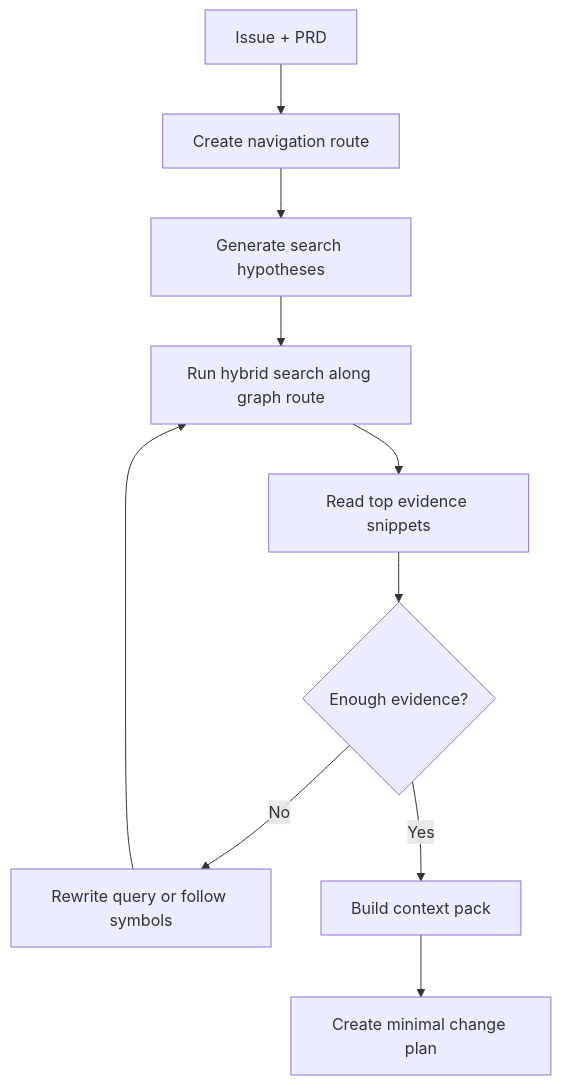
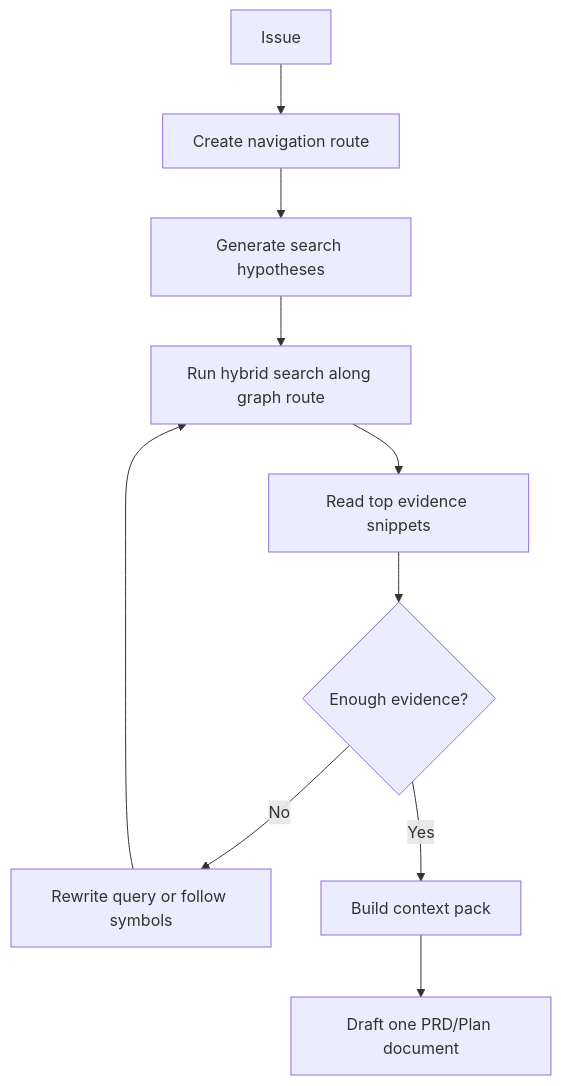
The diagram in docs/CODEBASE_INTELLIGENCE.md (JASON-QWeb/CodeZero), drawn with Mermaid before and after one commit. The commit also changed other lines of this file and 32 other files, not shown here.

````diff
--- a/docs/CODEBASE_INTELLIGENCE.md
+++ b/docs/CODEBASE_INTELLIGENCE.md
@@ -102,12 +102,12 @@
 ```mermaid
 flowchart TD
-  A["Issue + PRD"] --> N["Create navigation route"]
+  A["Issue"] --> N["Create navigation route"]
   N --> B["Generate search hypotheses"]
   B --> C["Run hybrid search along graph route"]
   C --> D["Read top evidence snippets"]
   D --> E{"Enough evidence?"}
   E -->|No| F["Rewrite query or follow symbols"]
   F --> C
   E -->|Yes| G["Build context pack"]
-  G --> H["Create minimal change plan"]
+  G --> H["Draft one PRD/Plan document"]
 ```
````
